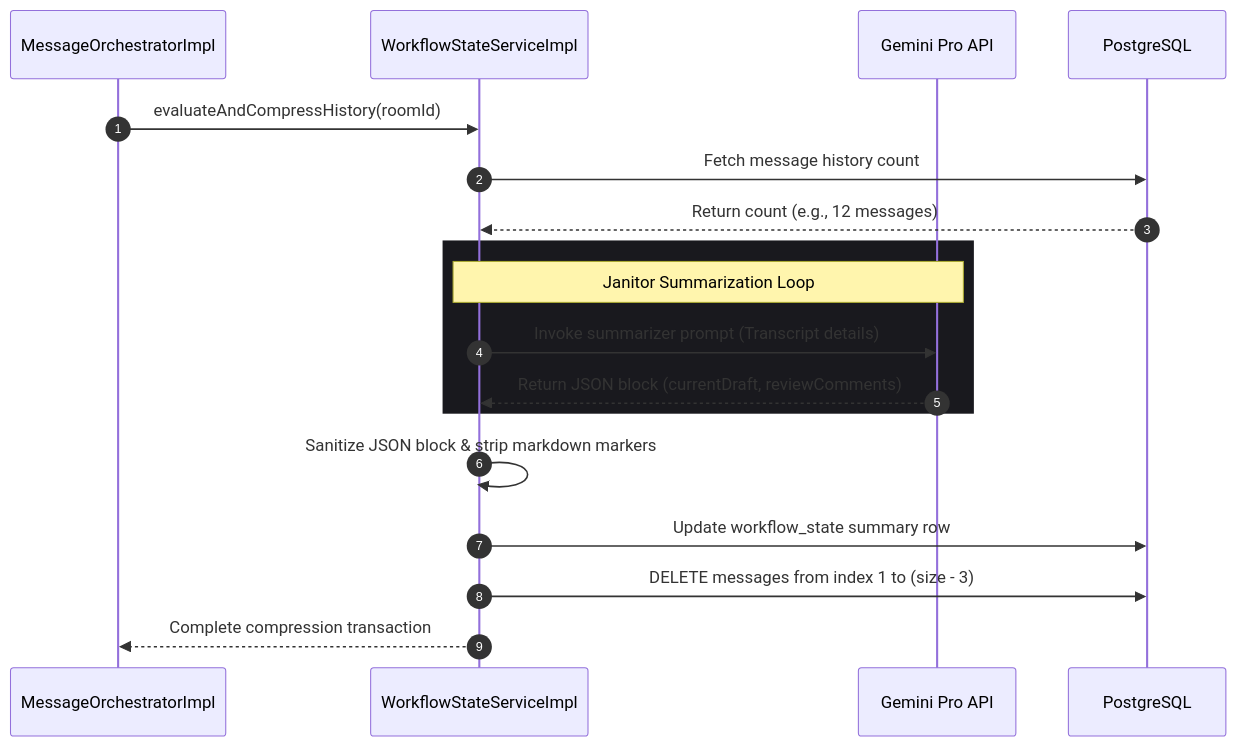
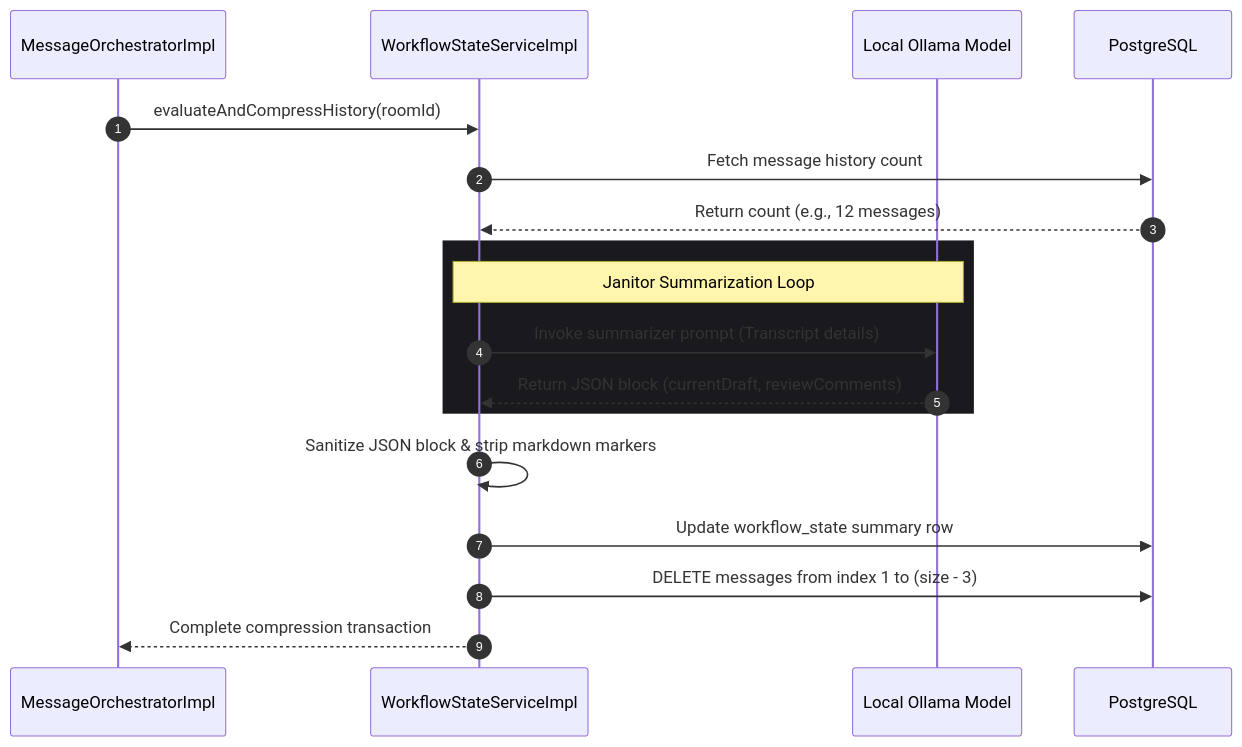
The second of 2 diagrams in Docs/Learning/05_Context_Compression_And_Janitor_Service.md (vaibhv19/Conclave), drawn with Mermaid before and after one commit. The commit also changed other lines of this file, not shown here.

Commit message:
docs: update context janitor learning chapter for VRAM constraints

````diff
--- a/Docs/Learning/05_Context_Compression_And_Janitor_Service.md
+++ b/Docs/Learning/05_Context_Compression_And_Janitor_Service.md
@@ -93,23 +93,23 @@
 ```mermaid
 sequenceDiagram
     autonumber
     participant Orch as MessageOrchestratorImpl
     participant Service as WorkflowStateServiceImpl
-    participant Gemini as Gemini Pro API
+    participant Ollama as Local Ollama Model
     participant DB as PostgreSQL
 
     Orch->>Service: evaluateAndCompressHistory(roomId)
     Service->>DB: Fetch message history count
     DB-->>Service: Return count (e.g., 12 messages)
     
     rect rgb(25, 25, 30)
-        Note over Service, Gemini: Janitor Summarization Loop
-        Service->>Gemini: Invoke summarizer prompt (Transcript details)
-        Gemini-->>Service: Return JSON block (currentDraft, reviewComments)
+        Note over Service, Ollama: Janitor Summarization Loop
+        Service->>Ollama: Invoke summarizer prompt (Transcript details)
+        Ollama-->>Service: Return JSON block (currentDraft, reviewComments)
     end
     
     Service->>Service: Sanitize JSON block & strip markdown markers
     Service->>DB: Update workflow_state summary row
     Service->>DB: DELETE messages from index 1 to (size - 3)
     Service-->>Orch: Complete compression transaction
 ```
````
